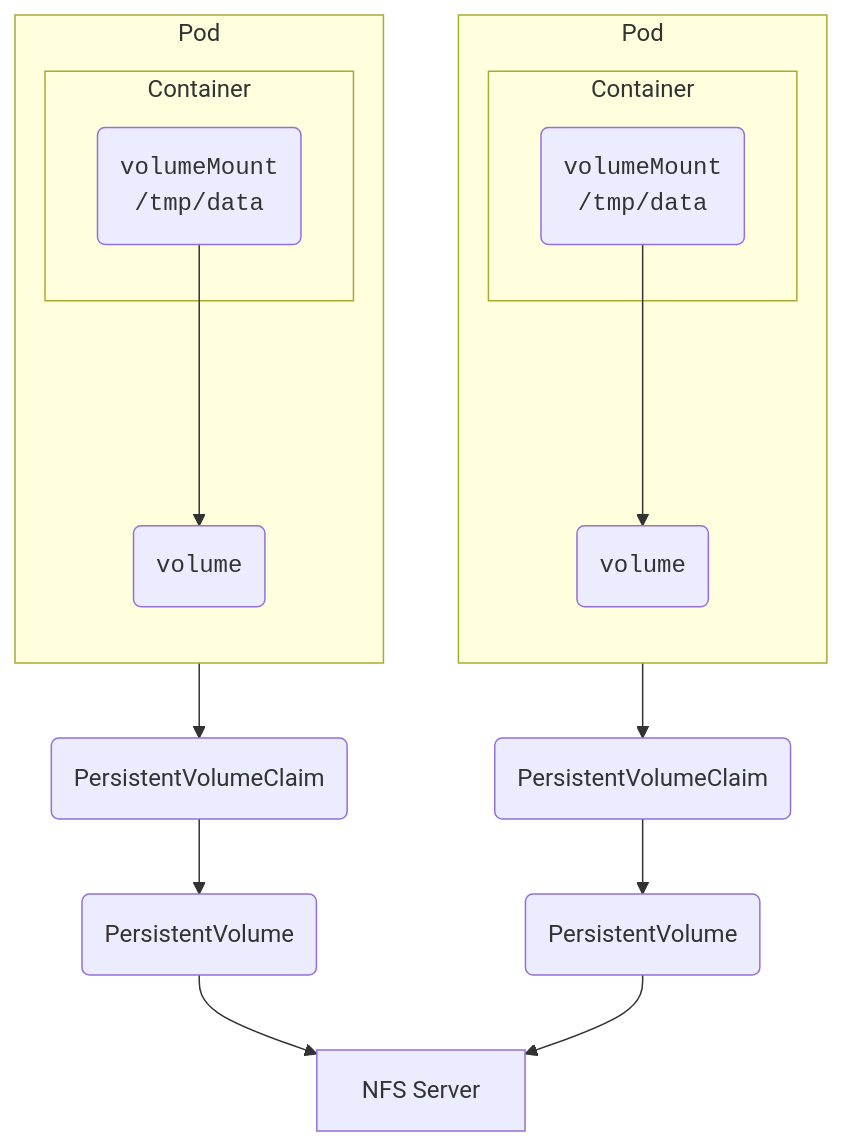
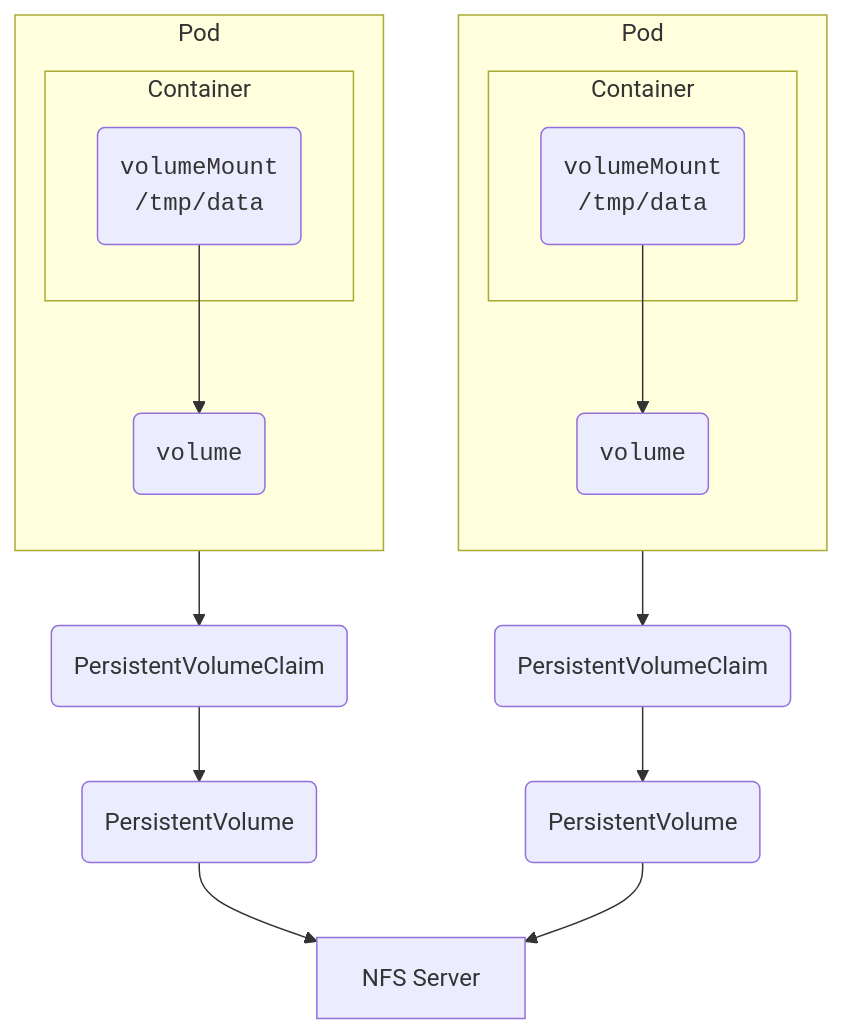
Before and after one commit to humanitec-architecture/example-library: the first of 2 diagrams in resource-definitions/template-driver/volumes-static-provisioning/README.md, drawn with Mermaid.

Commit message:
Make volumes diagram more compact

````diff
--- a/resource-definitions/template-driver/volumes-static-provisioning/README.md
+++ b/resource-definitions/template-driver/volumes-static-provisioning/README.md
@@ -7,26 +7,26 @@
 ```mermaid
 flowchart TB
   subgraph pod1[Pod]
     direction TB
     subgraph container1[Container]
       volumeMount1(volumeMount\n/tmp/data):::codeComponent
     end
-    volumeMount1 ---> volume1(volume):::codeComponent
+    volumeMount1 --> volume1(volume):::codeComponent
   end
   subgraph pod2[Pod]
     direction TB
     subgraph container2[Container]
       volumeMount2(volumeMount\n/tmp/data):::codeComponent
     end
-    volumeMount2 ---> volume2(volume):::codeComponent
+    volumeMount2 --> volume2(volume):::codeComponent
   end
   pvc1(PersistentVolumeClaim) --> pv1(PersistentVolume)
   volume1 --> pvc1
   pvc2(PersistentVolumeClaim) --> pv2(PersistentVolume)
   volume2 --> pvc2
   nfsServer[NFS Server]
   pv1 --> nfsServer
   pv2 --> nfsServer
 
   classDef codeComponent font-family:Courier
 ```
````
